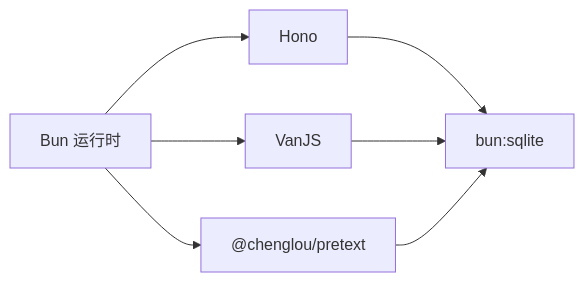
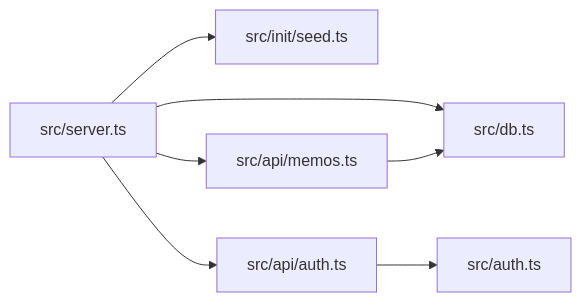
One commit to BlackBoxRecorder/memos changed the fourth of 4 diagrams in .qoder/repowiki/zh/content/快速开始.md. Above: the diagram before and after it, drawn with Mermaid. The commit also changed other lines of this file and 83 other files, not shown here.

````diff
--- a/.qoder/repowiki/zh/content/快速开始.md
+++ b/.qoder/repowiki/zh/content/快速开始.md
@@ -266,14 +253,9 @@
 ```mermaid
 graph LR
-Bun["Bun 运行时"]
-Hono["Hono"]
-VanJS["VanJS"]
-Pretext["@chenglou/pretext"]
-SQLite["bun:sqlite"]
-Bun --> Hono
-Bun --> VanJS
-Bun --> Pretext
-Hono --> SQLite
-VanJS --> SQLite
-Pretext --> SQLite
+Server["src/server.ts"] --> DB["src/db.ts"]
+Server --> Seed["src/init/seed.ts"]
+Server --> APIAuth["src/api/auth.ts"]
+Server --> APIMemos["src/api/memos.ts"]
+APIMemos --> DB
+APIAuth --> Auth["src/auth.ts"]
 ```
````
